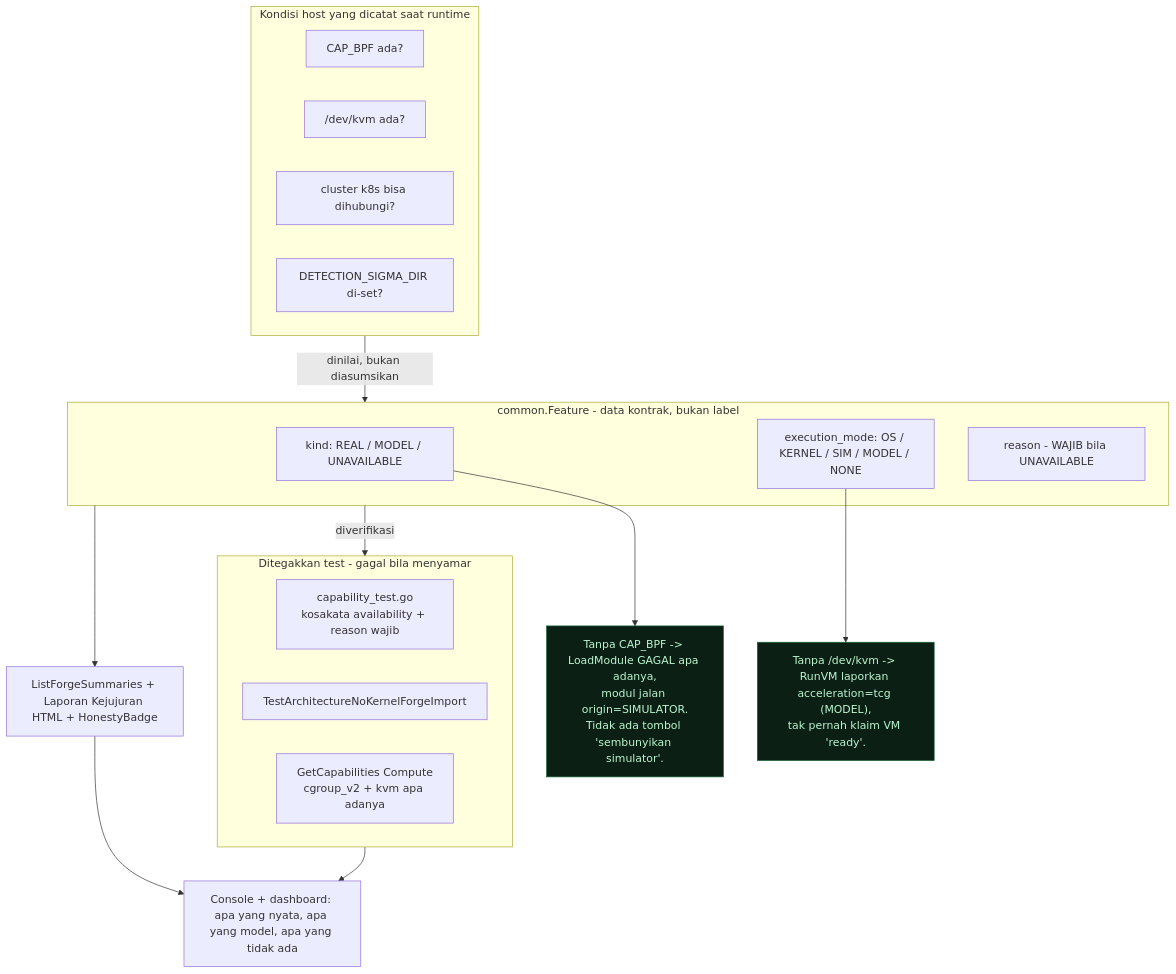
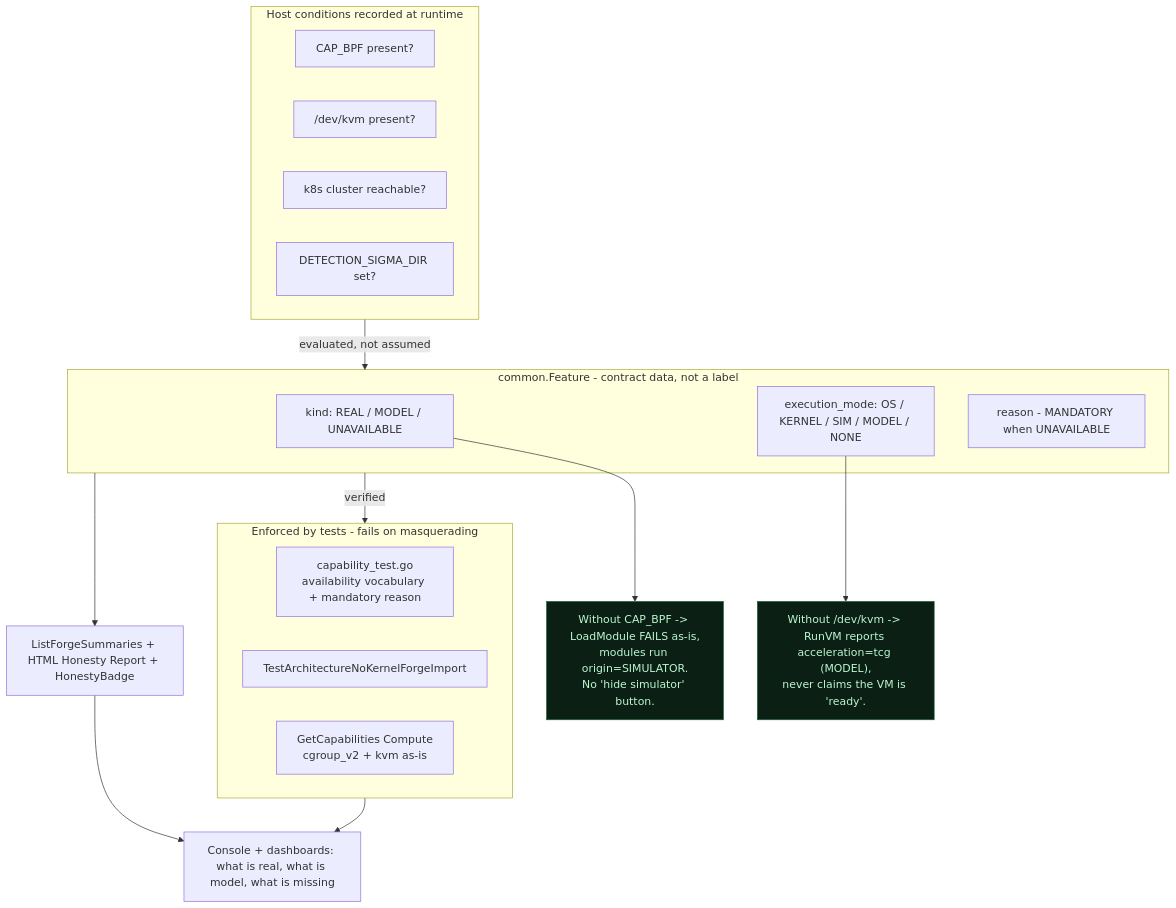
One commit to renaldyhidayatt/renaldyhidayatt.github.io changed the fourth of 7 diagrams in src/content/portfolio/pieroloka-golang.mdx. Above: the diagram before and after it, drawn with Mermaid. The commit also changed other lines of this file and 97 other files, not shown here.

````diff
--- a/src/content/portfolio/pieroloka-golang.mdx
+++ b/src/content/portfolio/pieroloka-golang.mdx
@@ -280,33 +281,33 @@
 ```mermaid
 flowchart TD
-    subgraph HOST["Kondisi host yang dicatat saat runtime"]
-        CAPB["CAP_BPF ada?"]
-        KVM["/dev/kvm ada?"]
-        K8S["cluster k8s bisa dihubungi?"]
-        SIGDIR["DETECTION_SIGMA_DIR di-set?"]
+    subgraph HOST["Host conditions recorded at runtime"]
+        CAPB["CAP_BPF present?"]
+        KVM["/dev/kvm present?"]
+        K8S["k8s cluster reachable?"]
+        SIGDIR["DETECTION_SIGMA_DIR set?"]
     end
 
-    subgraph FEAT["common.Feature - data kontrak, bukan label"]
+    subgraph FEAT["common.Feature - contract data, not a label"]
         KIND["kind: REAL / MODEL / UNAVAILABLE"]
         MODE["execution_mode: OS / KERNEL / SIM / MODEL / NONE"]
-        REASON["reason - WAJIB bila UNAVAILABLE"]
+        REASON["reason - MANDATORY when UNAVAILABLE"]
     end
 
-    subgraph GATE["Ditegakkan test - gagal bila menyamar"]
-        T1["capability_test.go<br/>kosakata availability + reason wajib"]
+    subgraph GATE["Enforced by tests - fails on masquerading"]
+        T1["capability_test.go<br/>availability vocabulary + mandatory reason"]
         T2["TestArchitectureNoKernelForgeImport"]
-        T4["GetCapabilities Compute<br/>cgroup_v2 + kvm apa adanya"]
+        T4["GetCapabilities Compute<br/>cgroup_v2 + kvm as-is"]
     end
 
-    HOST -->|"dinilai, bukan diasumsikan"| FEAT
-    FEAT -->|"diverifikasi"| GATE
-    FEAT --> AGG["ListForgeSummaries + Laporan Kejujuran HTML + HonestyBadge"]
-    AGG --> UI["Console + dashboard: apa yang nyata, apa yang model, apa yang tidak ada"]
+    HOST -->|"evaluated, not assumed"| FEAT
+    FEAT -->|"verified"| GATE
+    FEAT --> AGG["ListForgeSummaries + HTML Honesty Report + HonestyBadge"]
+    AGG --> UI["Console + dashboards: what is real, what is model, what is missing"]
     GATE --> UI
 
-    EX1["Tanpa CAP_BPF -> LoadModule GAGAL apa adanya,<br/>modul jalan origin=SIMULATOR.<br/>Tidak ada tombol 'sembunyikan simulator'."]:::ok
-    EX2["Tanpa /dev/kvm -> RunVM laporkan acceleration=tcg (MODEL),<br/>tak pernah klaim VM 'ready'."]:::ok
+    EX1["Without CAP_BPF -> LoadModule FAILS as-is,<br/>modules run origin=SIMULATOR.<br/>No 'hide simulator' button."]:::ok
+    EX2["Without /dev/kvm -> RunVM reports acceleration=tcg (MODEL),<br/>never claims the VM is 'ready'."]:::ok
     KIND --> EX1
     MODE --> EX2
     classDef ok fill:#0b1f14,stroke:#166534,color:#bbf7d0
 ```
````
